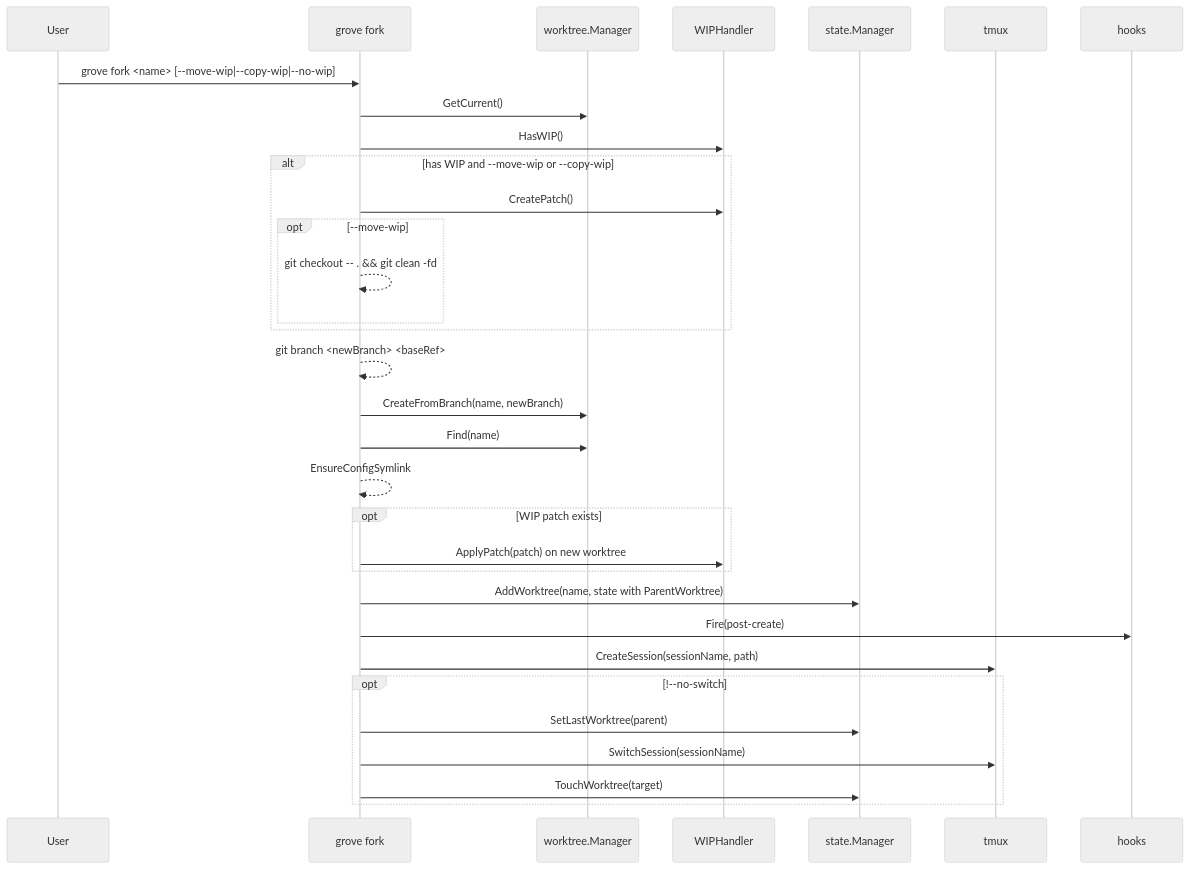
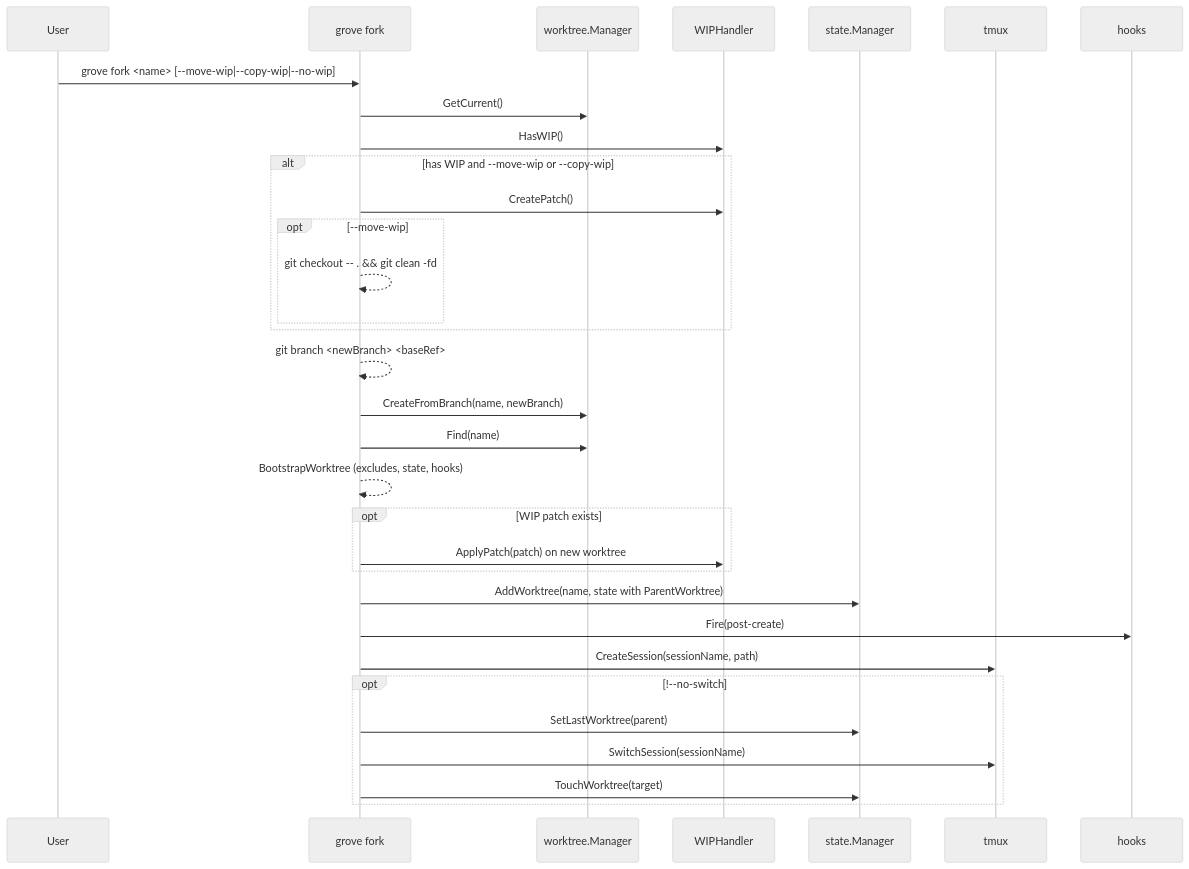
One commit to lost-in-the/grove changed the seventh of 7 diagrams in docs/DATA_FLOWS.md. Above: the diagram before and after it, drawn with Mermaid (neutral theme). The commit also changed other lines of this file and 132 other files, not shown here.

````diff
--- a/docs/DATA_FLOWS.md
+++ b/docs/DATA_FLOWS.md
@@ -383,35 +383,35 @@
 ```mermaid
 sequenceDiagram
     participant U as User
     participant F as grove fork
     participant W as worktree.Manager
     participant WIP as WIPHandler
     participant S as state.Manager
     participant TM as tmux
     participant H as hooks
 
     U->>F: grove fork <name> [--move-wip|--copy-wip|--no-wip]
     F->>W: GetCurrent()
     F->>WIP: HasWIP()
     alt has WIP and --move-wip or --copy-wip
         F->>WIP: CreatePatch()
         opt --move-wip
             F-->>F: git checkout -- . && git clean -fd
         end
     end
     F-->>F: git branch <newBranch> <baseRef>
     F->>W: CreateFromBranch(name, newBranch)
     F->>W: Find(name)
-    F-->>F: EnsureConfigSymlink
+    F-->>F: BootstrapWorktree (excludes, state, hooks)
     opt WIP patch exists
         F->>WIP: ApplyPatch(patch) on new worktree
     end
     F->>S: AddWorktree(name, state with ParentWorktree)
     F->>H: Fire(post-create)
     F->>TM: CreateSession(sessionName, path)
     opt !--no-switch
         F->>S: SetLastWorktree(parent)
         F->>TM: SwitchSession(sessionName)
         F->>S: TouchWorktree(target)
     end
 ```
````
